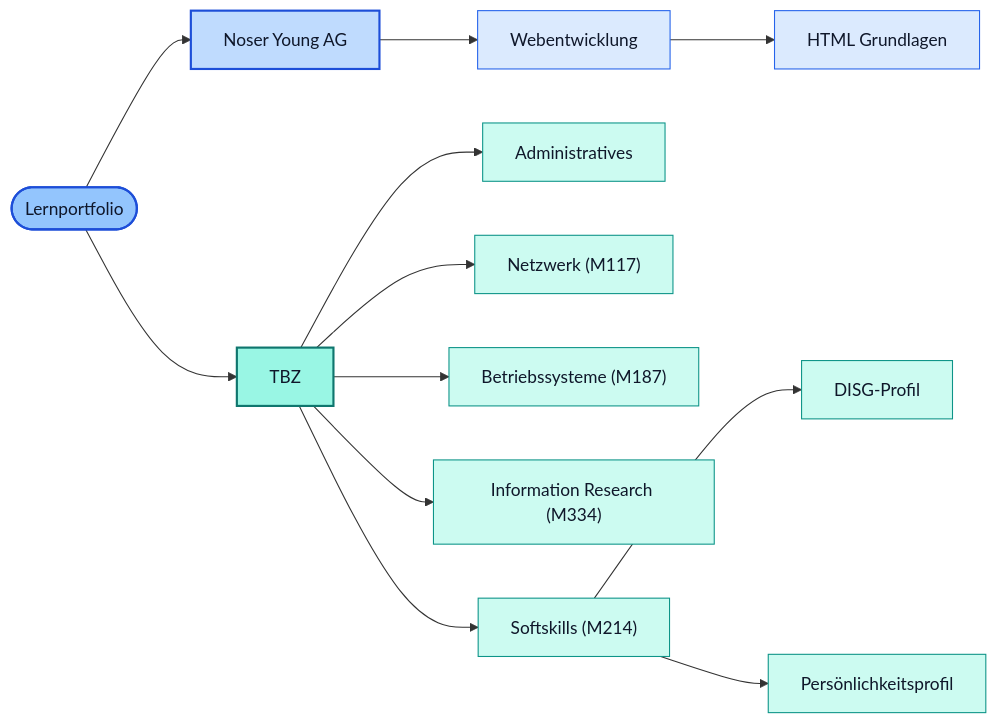
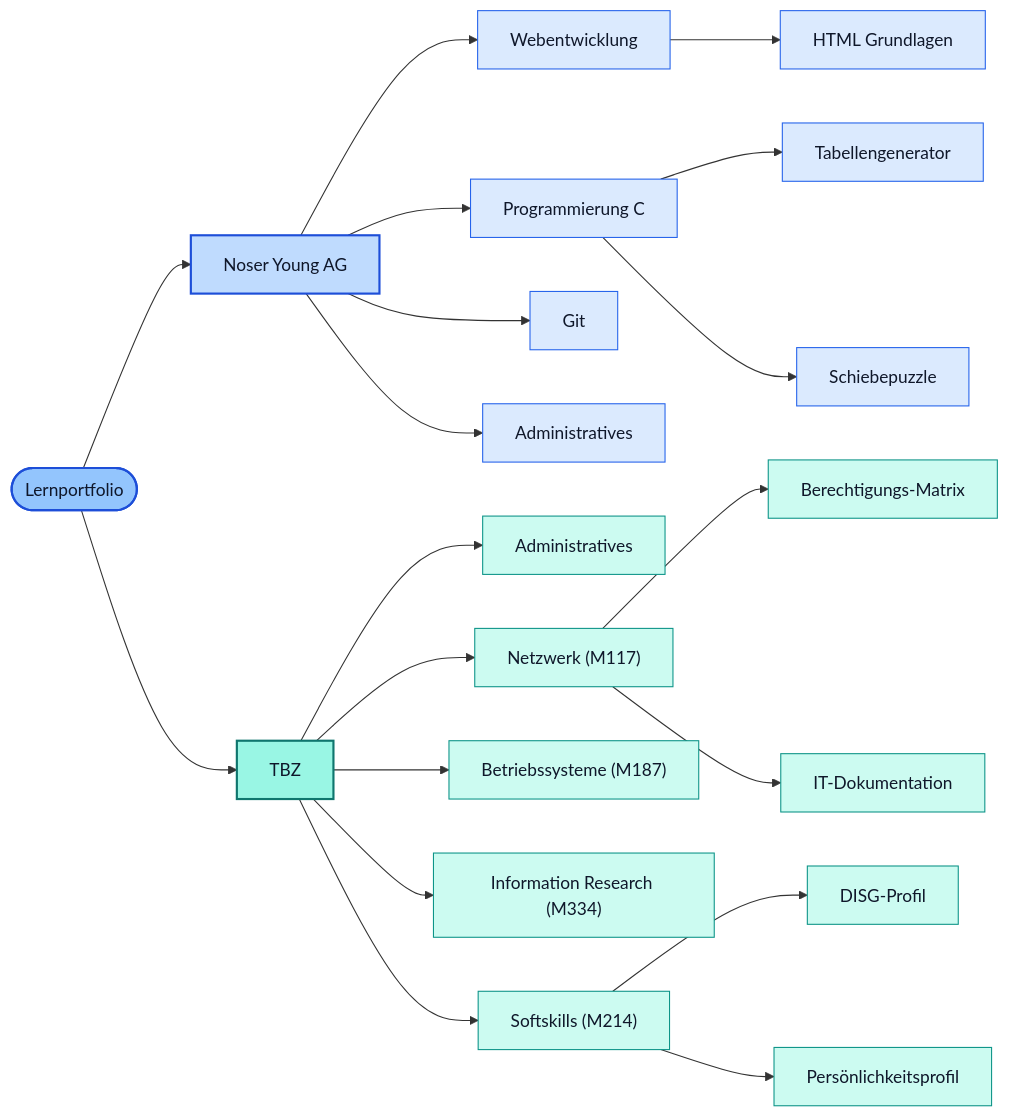
Before and after one commit to Gamingburger007/ict-lehre-portfolio: the diagram in content/Themenkarte.md, drawn with Mermaid. The commit also changed 44 other files, not shown here.

````diff
--- a/content/Themenkarte.md
+++ b/content/Themenkarte.md
@@ -7,20 +7,27 @@
 ```mermaid
 flowchart LR
   L(["Lernportfolio"]):::root
   L --> N["Noser Young AG"]:::noser
   L --> T["TBZ"]:::tbz
   N --> W["Webentwicklung"]:::noser2
   W --> H["HTML Grundlagen"]:::noser2
+  N --> PC["Programmierung C"]:::noser2
+  PC --> TG["Tabellengenerator"]:::noser2
+  PC --> SP["Schiebepuzzle"]:::noser2
+  N --> G["Git"]:::noser2
+  N --> NA["Administratives"]:::noser2
   T --> A["Administratives"]:::tbz2
   T --> M117["Netzwerk (M117)"]:::tbz2
+  M117 --> BM["Berechtigungs-Matrix"]:::tbz2
+  M117 --> ITD["IT-Dokumentation"]:::tbz2
   T --> M187["Betriebssysteme (M187)"]:::tbz2
   T --> M334["Information Research (M334)"]:::tbz2
   T --> M214["Softskills (M214)"]:::tbz2
   M214 --> D["DISG-Profil"]:::tbz2
   M214 --> P["Persönlichkeitsprofil"]:::tbz2
   classDef root fill:#93c5fd,stroke:#1d4ed8,stroke-width:2px,color:#0f172a
   classDef noser fill:#bfdbfe,stroke:#1d4ed8,stroke-width:2px,color:#0f172a
   classDef noser2 fill:#dbeafe,stroke:#2563eb,color:#0f172a
   classDef tbz fill:#99f6e4,stroke:#0f766e,stroke-width:2px,color:#0f172a
   classDef tbz2 fill:#ccfbf1,stroke:#0d9488,color:#0f172a
 ```
````
